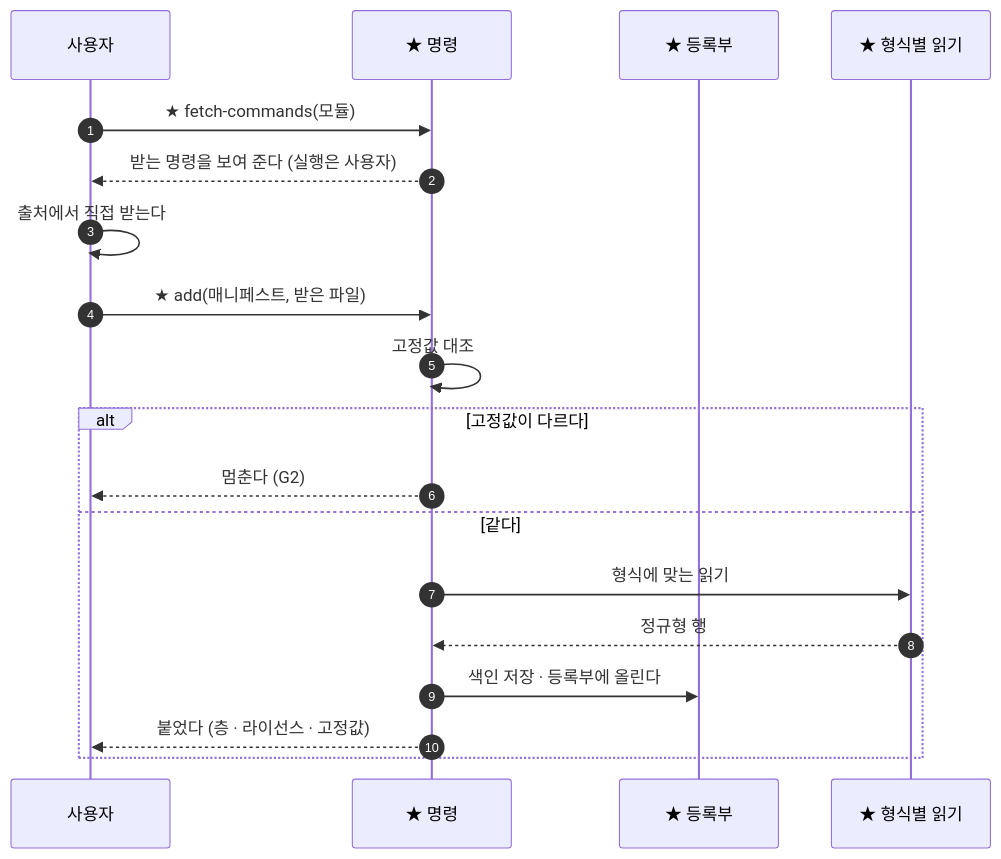
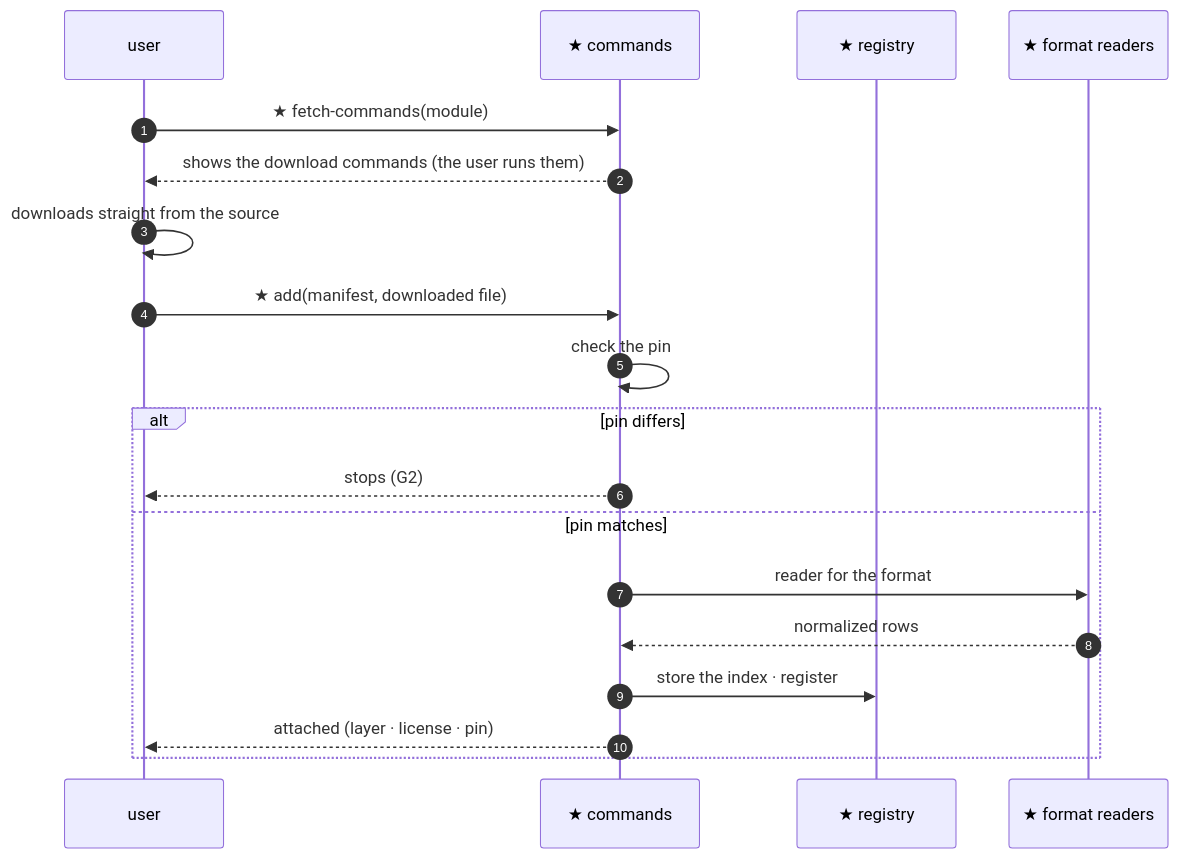
One commit to DogGuyMan/Agent-Report-Build-Pipeline changed the fourth of 9 diagrams in docs/superpowers/plans/2026-10-28-ko-dev-terms.md. Above: the diagram before and after it, drawn with Mermaid. The commit also changed other lines of this file and 1 other file, not shown here.

````diff
--- a/docs/superpowers/plans/2026-10-28-ko-dev-terms.md
+++ b/docs/superpowers/plans/2026-10-28-ko-dev-terms.md
@@ -248,21 +256,21 @@
 ```mermaid
 sequenceDiagram
     autonumber
-    participant U as 사용자
-    participant C as ★ 명령
-    participant R as ★ 등록부
-    participant D as ★ 형식별 읽기
-    U->>C: ★ fetch-commands(모듈)
-    C-->>U: 받는 명령을 보여 준다 (실행은 사용자)
-    U->>U: 출처에서 직접 받는다
-    U->>C: ★ add(매니페스트, 받은 파일)
-    C->>C: 고정값 대조
-    alt 고정값이 다르다
-        C-->>U: 멈춘다 (G2)
-    else 같다
-        C->>D: 형식에 맞는 읽기
-        D-->>C: 정규형 행
-        C->>R: 색인 저장 · 등록부에 올린다
-        C-->>U: 붙었다 (층 · 라이선스 · 고정값)
+    participant U as user
+    participant C as ★ commands
+    participant R as ★ registry
+    participant D as ★ format readers
+    U->>C: ★ fetch-commands(module)
+    C-->>U: shows the download commands (the user runs them)
+    U->>U: downloads straight from the source
+    U->>C: ★ add(manifest, downloaded file)
+    C->>C: check the pin
+    alt pin differs
+        C-->>U: stops (G2)
+    else pin matches
+        C->>D: reader for the format
+        D-->>C: normalized rows
+        C->>R: store the index · register
+        C-->>U: attached (layer · license · pin)
     end
 ```
````
